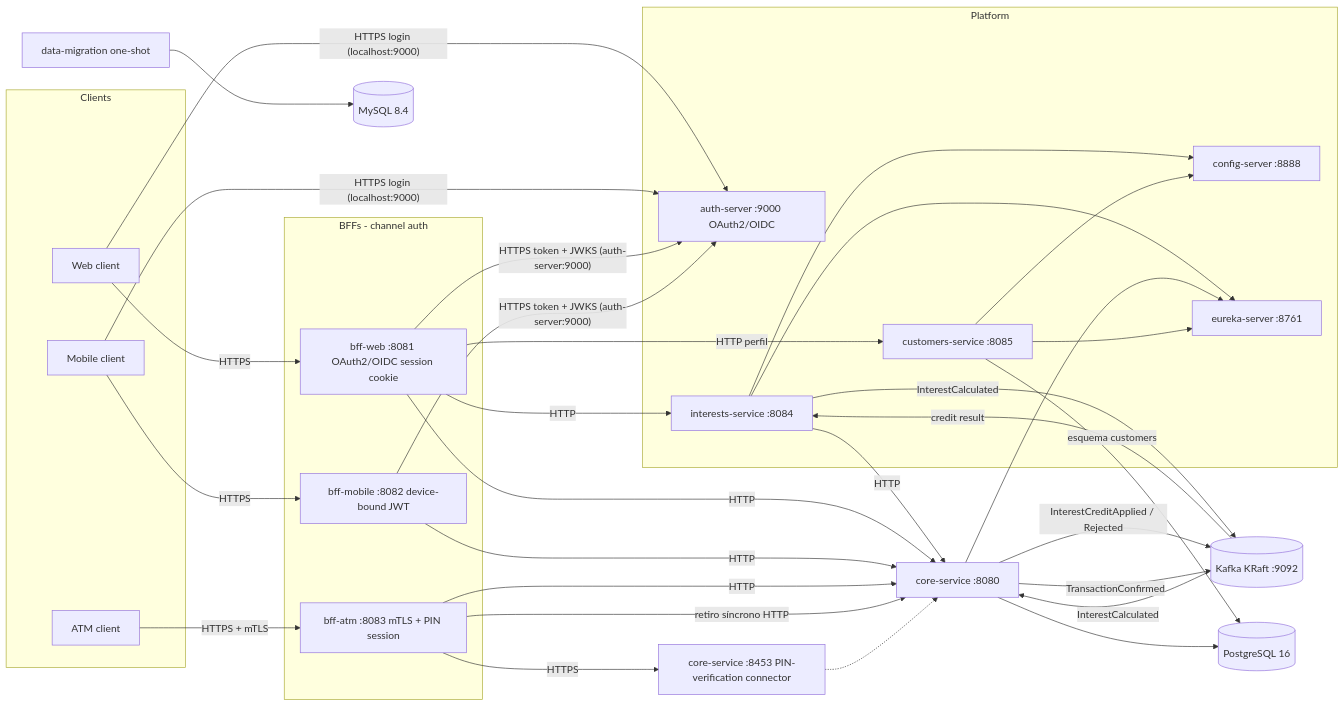
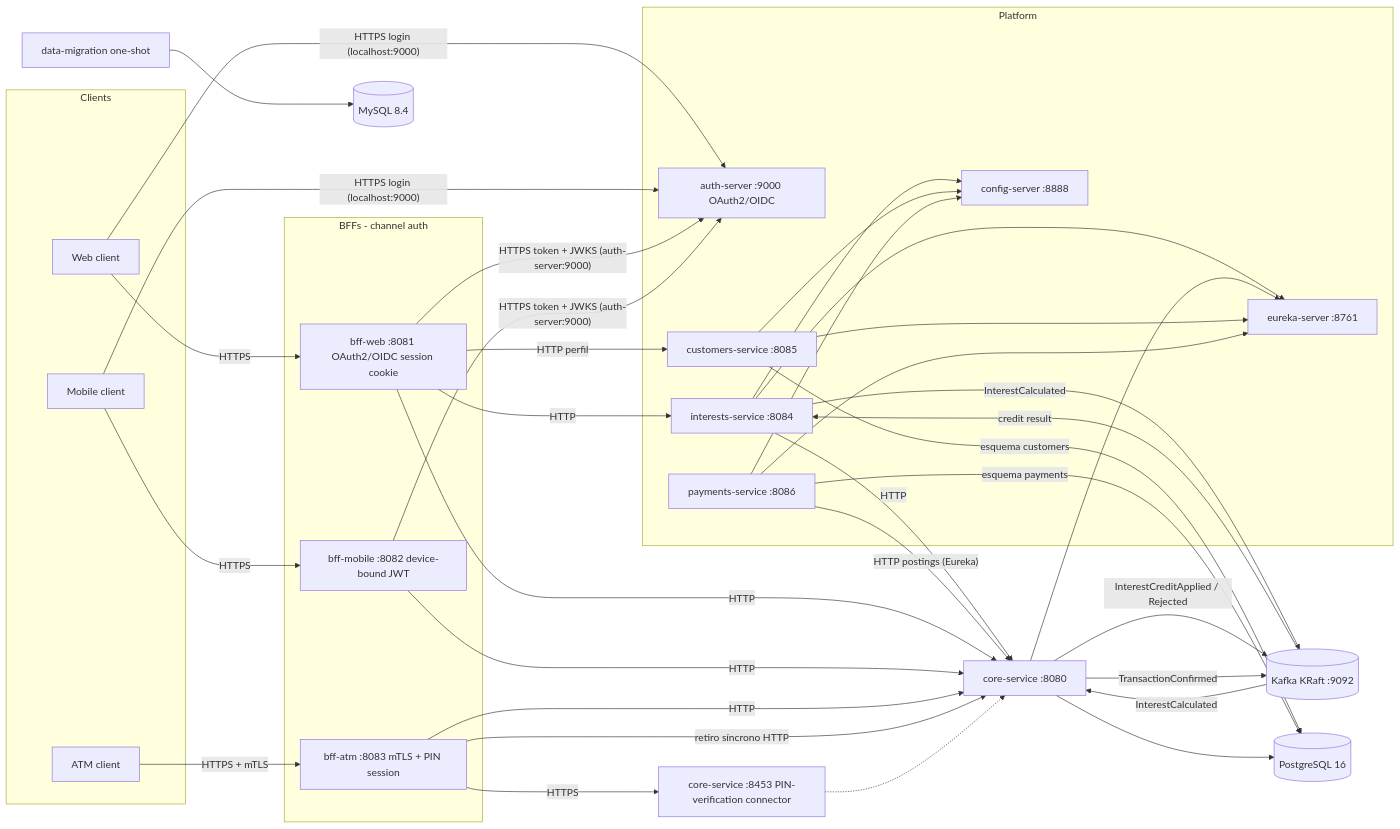
One commit to gustavoduocuc/xyz_bank_server changed the diagram in README.md. Above: the diagram before and after it, drawn with Mermaid. The commit also changed other lines of this file and 6 other files, not shown here.

Commit message:
docs: document payments-service and core-service postings

````diff
--- a/README.md
+++ b/README.md
@@ -19,59 +19,64 @@
 ```mermaid
 flowchart LR
   subgraph clients [Clients]
     WebClient[Web client]
     MobileClient[Mobile client]
     AtmClient[ATM client]
   end
 
   subgraph bffs [BFFs - channel auth]
     BffWeb[bff-web :8081 OAuth2/OIDC session cookie]
     BffMobile[bff-mobile :8082 device-bound JWT]
     BffAtm[bff-atm :8083 mTLS + PIN session]
   end
 
   subgraph platform [Platform]
     AuthServer[auth-server :9000 OAuth2/OIDC]
     ConfigServer[config-server :8888]
     EurekaServer[eureka-server :8761]
     InterestsService[interests-service :8084]
     CustomersService[customers-service :8085]
+    PaymentsService[payments-service :8086]
   end
 
   CoreService[core-service :8080]
   CoreServicePin[core-service :8453 PIN-verification connector]
   Kafka[(Kafka KRaft :9092)]
   Postgres[(PostgreSQL 16)]
   MySQL[(MySQL 8.4)]
   Migration[data-migration one-shot]
 
   WebClient -- HTTPS --> BffWeb
   MobileClient -- HTTPS --> BffMobile
   WebClient -- "HTTPS login (localhost:9000)" --> AuthServer
   MobileClient -- "HTTPS login (localhost:9000)" --> AuthServer
   BffWeb -- "HTTPS token + JWKS (auth-server:9000)" --> AuthServer
   BffMobile -- "HTTPS token + JWKS (auth-server:9000)" --> AuthServer
   AtmClient -- HTTPS + mTLS --> BffAtm
   BffWeb -- HTTP --> InterestsService
   BffWeb -- HTTP --> CoreService
   BffWeb -- "HTTP perfil" --> CustomersService
   BffMobile -- HTTP --> CoreService
   BffAtm -- HTTP --> CoreService
   BffAtm -- HTTPS --> CoreServicePin
   InterestsService -- HTTP --> CoreService
   InterestsService -- "InterestCalculated" --> Kafka
   Kafka -- "InterestCalculated" --> CoreService
   CoreService -- "InterestCreditApplied / Rejected" --> Kafka
   Kafka -- "credit result" --> InterestsService
   CoreService -- "TransactionConfirmed" --> Kafka
   BffAtm -- "retiro síncrono HTTP" --> CoreService
   InterestsService --> ConfigServer
   InterestsService --> EurekaServer
   CoreService --> EurekaServer
   CoreService --> Postgres
   CustomersService -- "esquema customers" --> Postgres
   CustomersService --> ConfigServer
   CustomersService --> EurekaServer
+  PaymentsService -- "HTTP postings (Eureka)" --> CoreService
+  PaymentsService -- "esquema payments" --> Postgres
+  PaymentsService --> ConfigServer
+  PaymentsService --> EurekaServer
   CoreServicePin -.-> CoreService
   Migration --> MySQL
 ```
````
